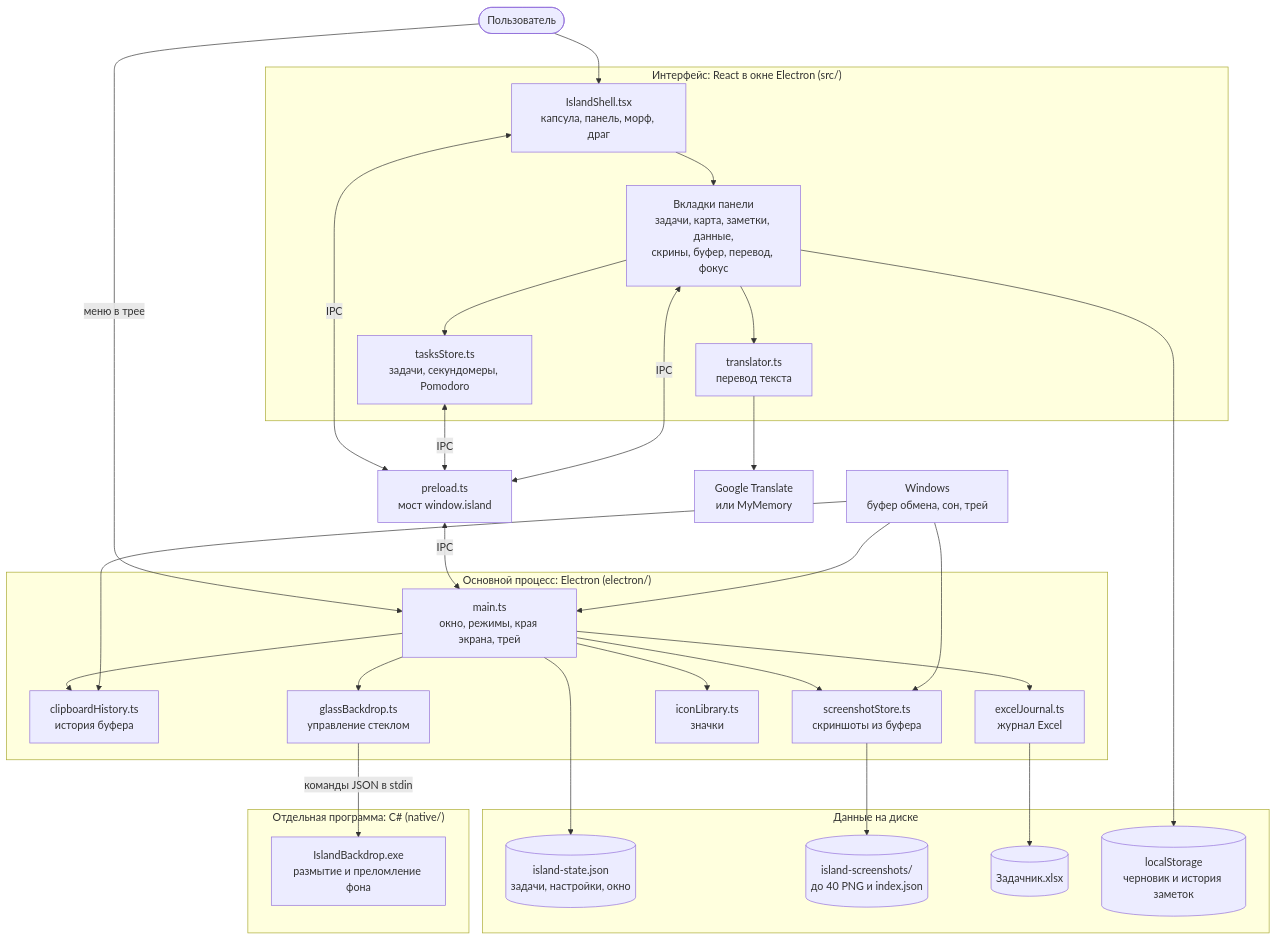
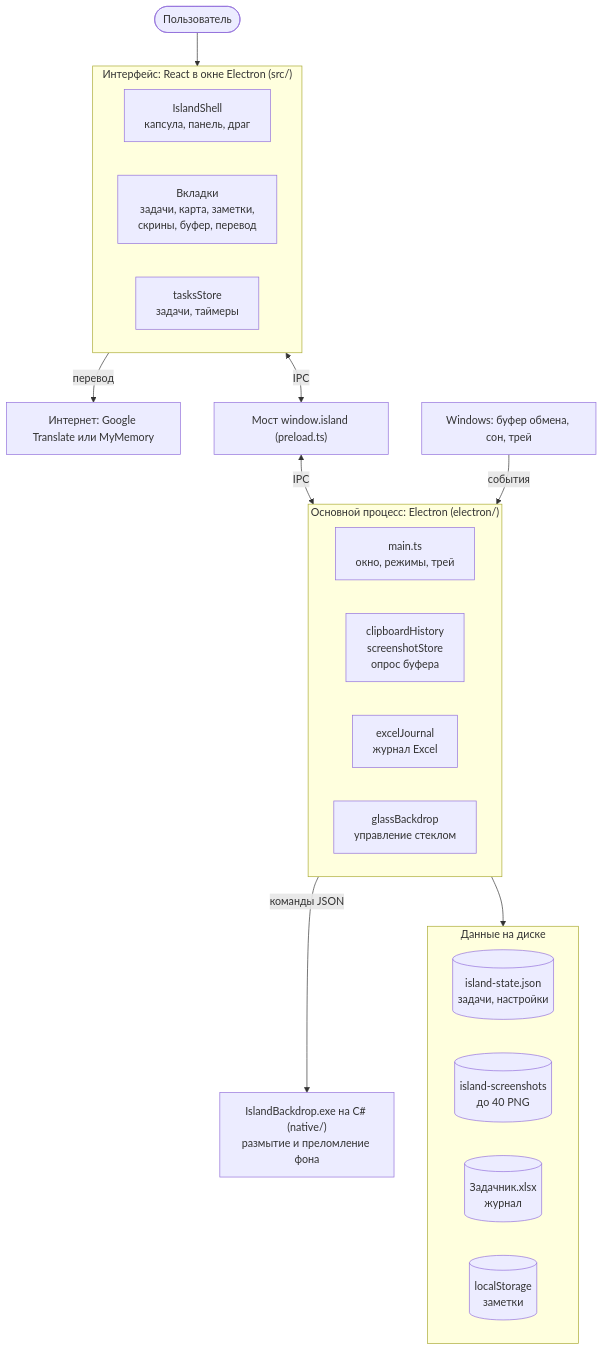
The first of 6 diagrams in docs/ARCHITECTURE.md (tobbybrodyaga/island), drawn with Mermaid before and after one commit.

Commit message:
Документация: общая схема разбита на слои
Прежняя схема на GitHub читалась плохо из-за длинных связей между
отдельными файлами. Теперь связи идут между слоями приложения.

````diff
--- a/docs/ARCHITECTURE.md
+++ b/docs/ARCHITECTURE.md
@@ -11,60 +11,41 @@
 ```mermaid
 flowchart TB
     user(["Пользователь"])
+    internet["Интернет: Google Translate или MyMemory"]
 
     subgraph renderer["Интерфейс: React в окне Electron (src/)"]
-        shell["IslandShell.tsx<br/>капсула, панель, морф, драг"]
-        panels["Вкладки панели<br/>задачи, карта, заметки, данные,<br/>скрины, буфер, перевод, фокус"]
-        store["tasksStore.ts<br/>задачи, секундомеры, Pomodoro"]
-        translator["translator.ts<br/>перевод текста"]
+        direction LR
+        shell["IslandShell<br/>капсула, панель, драг"]
+        panels["Вкладки<br/>задачи, карта, заметки,<br/>скрины, буфер, перевод"]
+        store["tasksStore<br/>задачи, таймеры"]
     end
 
-    bridge["preload.ts<br/>мост window.island"]
+    bridge["Мост window.island (preload.ts)"]
 
     subgraph main["Основной процесс: Electron (electron/)"]
-        window["main.ts<br/>окно, режимы, края экрана, трей"]
-        clipboardWatch["clipboardHistory.ts<br/>история буфера"]
-        shots["screenshotStore.ts<br/>скриншоты из буфера"]
-        excel["excelJournal.ts<br/>журнал Excel"]
-        icons["iconLibrary.ts<br/>значки"]
-        glass["glassBackdrop.ts<br/>управление стеклом"]
+        direction LR
+        window["main.ts<br/>окно, режимы, трей"]
+        watchers["clipboardHistory<br/>screenshotStore<br/>опрос буфера"]
+        excel["excelJournal<br/>журнал Excel"]
+        glass["glassBackdrop<br/>управление стеклом"]
     end
 
-    subgraph native["Отдельная программа: C# (native/)"]
-        backdrop["IslandBackdrop.exe<br/>размытие и преломление фона"]
+    system["Windows: буфер обмена, сон, трей"]
+    backdrop["IslandBackdrop.exe на C# (native/)<br/>размытие и преломление фона"]
+
+    subgraph data["Данные на диске"]
+        direction LR
+        state[("island-state.json<br/>задачи, настройки")]
+        shotFiles[("island-screenshots<br/>до 40 PNG")]
+        workbook[("Задачник.xlsx<br/>журнал")]
+        localStore[("localStorage<br/>заметки")]
     end
 
-    subgraph data["Данные на диске"]
-        state[("island-state.json<br/>задачи, настройки, окно")]
-        shotFiles[("island-screenshots/<br/>до 40 PNG и index.json")]
-        workbook[("Задачник.xlsx")]
-        localStore[("localStorage<br/>черновик и история заметок")]
-    end
-
-    system["Windows<br/>буфер обмена, сон, трей"]
-    internet["Google Translate<br/>или MyMemory"]
-
-    user --> shell
-    user -->|"меню в трее"| window
-    shell --> panels
-    panels --> store
-    panels --> translator
-    panels --> localStore
-    translator --> internet
-    shell <-->|"IPC"| bridge
-    store <-->|"IPC"| bridge
-    panels <-->|"IPC"| bridge
-    bridge <-->|"IPC"| window
-    window --> clipboardWatch
-    window --> shots
-    window --> excel
-    window --> icons
-    window --> glass
-    window --> state
-    shots --> shotFiles
-    excel --> workbook
-    system --> clipboardWatch
-    system --> shots
-    system --> window
-    glass -->|"команды JSON в stdin"| backdrop
+    user --> renderer
+    renderer -->|"перевод"| internet
+    renderer <-->|"IPC"| bridge
+    bridge <-->|"IPC"| main
+    system -->|"события"| main
+    main -->|"команды JSON"| backdrop
+    main --> data
 ```
````
